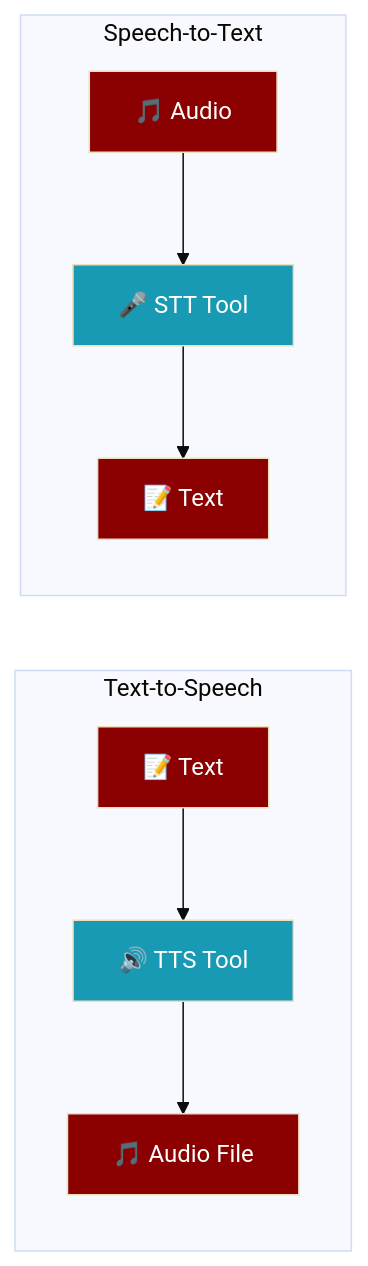
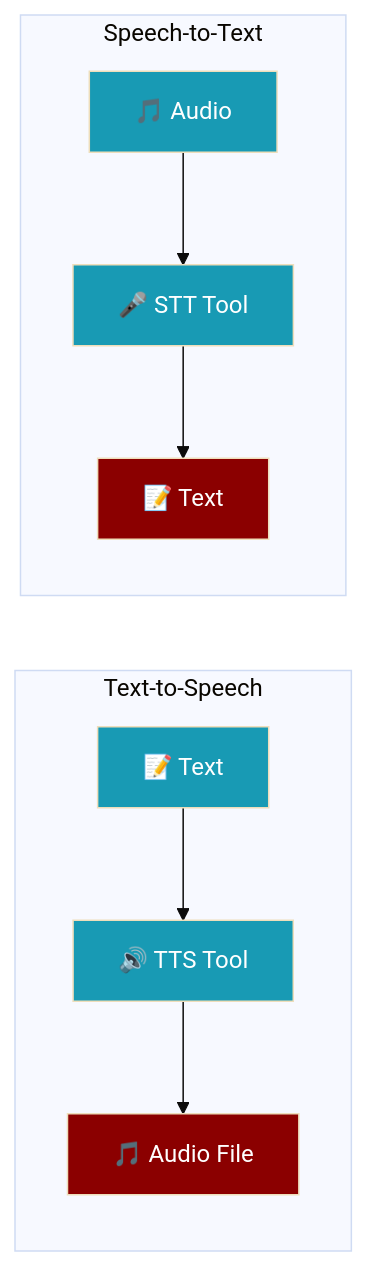
The first of 4 diagrams in docs/features/audio-tools.mdx (MervinPraison/PraisonAIDocs), drawn with Mermaid (base theme) before and after one commit. The commit also changed 24 other files, not shown here.

````diff
--- a/docs/features/audio-tools.mdx
+++ b/docs/features/audio-tools.mdx
@@ -10,20 +10,18 @@
 ```mermaid
 graph LR
     subgraph "Text-to-Speech"
         T[📝 Text] --> TTS[🔊 TTS Tool]
         TTS --> A[🎵 Audio File]
     end
     
     subgraph "Speech-to-Text"
         A2[🎵 Audio] --> STT[🎤 STT Tool]
         STT --> T2[📝 Text]
     end
     
-    classDef input fill:#8B0000,color:#fff
+    classDef agent fill:#8B0000,color:#fff
     classDef tool fill:#189AB4,color:#fff
-    classDef output fill:#8B0000,color:#fff
     
-    class T,A2 input
-    class TTS,STT tool
-    class A,T2 output
+    class A,T2 agent
+    class T,A2,TTS,STT tool
 ```
````
